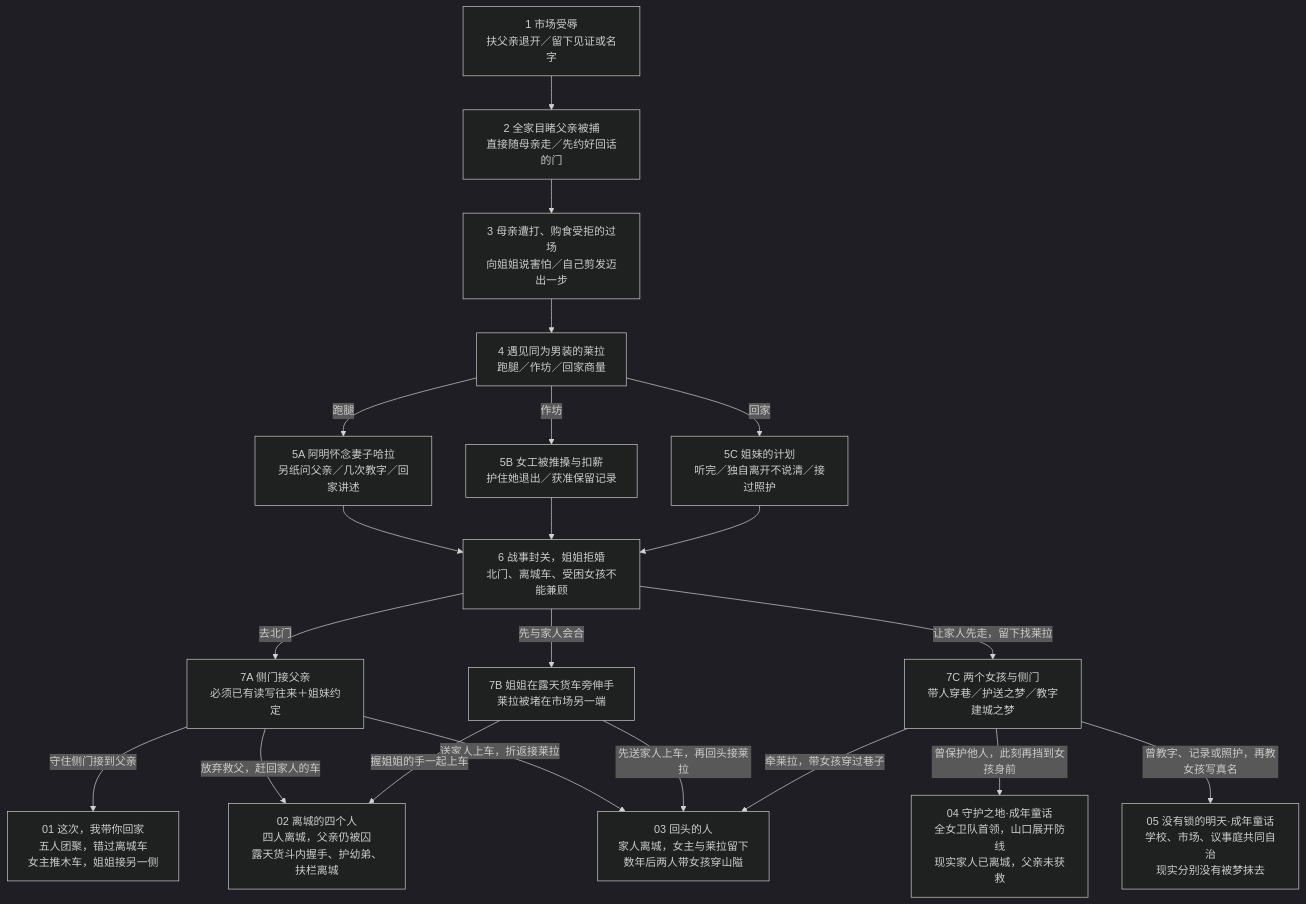
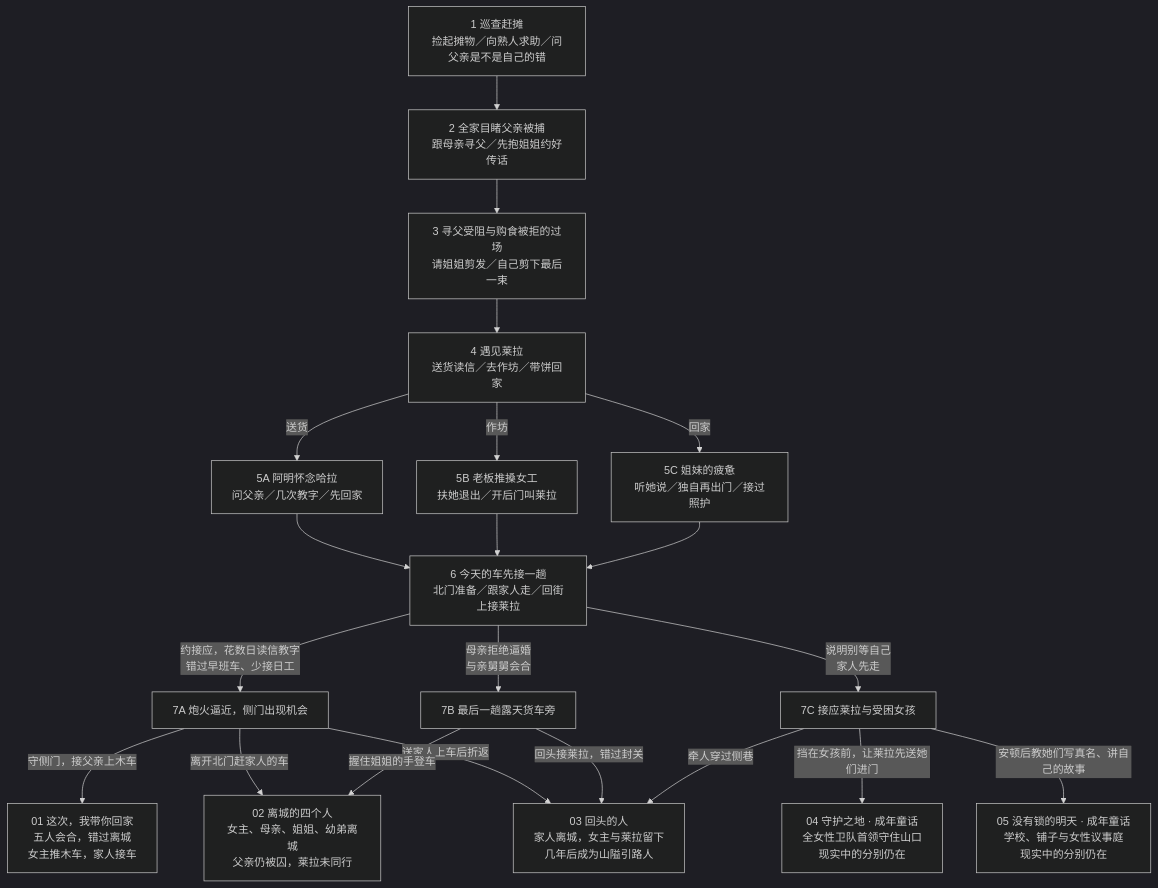
Before and after one commit to xypasolini-droid/sister-which-way: the diagram in docs/design/STORY-FLOW.md, drawn with Mermaid (dark theme). The commit also changed other lines of this file and 40 other files, not shown here.

````diff
--- a/docs/design/STORY-FLOW.md
+++ b/docs/design/STORY-FLOW.md
@@ -9,23 +7,23 @@
 ```mermaid
 flowchart TD
-  A["1 市场受辱<br/>扶父亲退开／留下见证或名字"] --> B["2 全家目睹父亲被捕<br/>直接随母亲走／先约好回话的门"]
-  B --> C["3 母亲遭打、购食受拒的过场<br/>向姐姐说害怕／自己剪发迈出一步"]
-  C --> D["4 遇见同为男装的莱拉<br/>跑腿／作坊／回家商量"]
-  D -->|跑腿| E1["5A 阿明怀念妻子哈拉<br/>另纸问父亲／几次教字／回家讲述"]
-  D -->|作坊| E2["5B 女工被推搡与扣薪<br/>护住她退出／获准保留记录"]
-  D -->|回家| E3["5C 姐妹的计划<br/>听完／独自离开不说清／接过照护"]
-  E1 --> F["6 战事封关，姐姐拒婚<br/>北门、离城车、受困女孩不能兼顾"]
+  A["1 巡查赶摊<br/>捡起摊物／向熟人求助／问父亲是不是自己的错"] --> B["2 全家目睹父亲被捕<br/>跟母亲寻父／先抱姐姐约好传话"]
+  B --> C["3 寻父受阻与购食被拒的过场<br/>请姐姐剪发／自己剪下最后一束"]
+  C --> D["4 遇见莱拉<br/>送货读信／去作坊／带饼回家"]
+  D -->|送货| E1["5A 阿明怀念哈拉<br/>问父亲／几次教字／先回家"]
+  D -->|作坊| E2["5B 老板推搡女工<br/>扶她退出／开后门叫莱拉"]
+  D -->|回家| E3["5C 姐妹的疲惫<br/>听她说／独自再出门／接过照护"]
+  E1 --> F["6 今天的车先接一趟<br/>北门准备／跟家人走／回街上接莱拉"]
   E2 --> F
   E3 --> F
-  F -->|去北门| G1["7A 侧门接父亲<br/>必须已有读写往来＋姐妹约定"]
-  F -->|先与家人会合| G2["7B 姐姐在露天货车旁伸手<br/>莱拉被堵在市场另一端"]
-  F -->|让家人先走，留下找莱拉| G3["7C 两个女孩与侧门<br/>带人穿巷／护送之梦／教字建城之梦"]
-  G1 -->|守住侧门接到父亲| R["01 这次，我带你回家<br/>五人团聚，错过离城车<br/>女主推木车，姐姐接另一侧"]
-  G1 -->|放弃救父，赶回家人的车| T["02 离城的四个人<br/>四人离城，父亲仍被囚<br/>露天货斗内握手、护幼弟、扶栏离城"]
-  G1 -->|送家人上车，折返接莱拉| U["03 回头的人<br/>家人离城，女主与莱拉留下<br/>数年后两人带女孩穿山隘"]
-  G2 -->|握姐姐的手一起上车| T
-  G2 -->|先送家人上车，再回头接莱拉| U
-  G3 -->|牵莱拉，带女孩穿过巷子| U
-  G3 -->|曾保护他人，此刻再挡到女孩身前| V["04 守护之地·成年童话<br/>全女卫队首领，山口展开防线<br/>现实家人已离城，父亲未获救"]
-  G3 -->|曾教字、记录或照护，再教女孩写真名| W["05 没有锁的明天·成年童话<br/>学校、市场、议事庭共同自治<br/>现实分别没有被梦抹去"]
+  F -->|约接应，花数日读信教字<br/>错过早班车、少接日工| G1["7A 炮火逼近，侧门出现机会"]
+  F -->|母亲拒绝逼婚<br/>与亲舅舅会合| G2["7B 最后一趟露天货车旁"]
+  F -->|说明别等自己<br/>家人先走| G3["7C 接应莱拉与受困女孩"]
+  G1 -->|守侧门，接父亲上木车| R["01 这次，我带你回家<br/>五人会合，错过离城<br/>女主推木车，家人接车"]
+  G1 -->|离开北门赶家人的车| T["02 离城的四个人<br/>女主、母亲、姐姐、幼弟离城<br/>父亲仍被囚，莱拉未同行"]
+  G1 -->|送家人上车后折返| U["03 回头的人<br/>家人离城，女主与莱拉留下<br/>几年后成为山隘引路人"]
+  G2 -->|握住姐姐的手登车| T
+  G2 -->|回头接莱拉，错过封关| U
+  G3 -->|牵人穿过侧巷| U
+  G3 -->|挡在女孩前，让莱拉先送她们进门| V["04 守护之地 · 成年童话<br/>全女性卫队首领守住山口<br/>现实中的分别仍在"]
+  G3 -->|安顿后教她们写真名、讲自己的故事| W["05 没有锁的明天 · 成年童话<br/>学校、铺子与女性议事庭<br/>现实中的分别仍在"]
 ```
````
